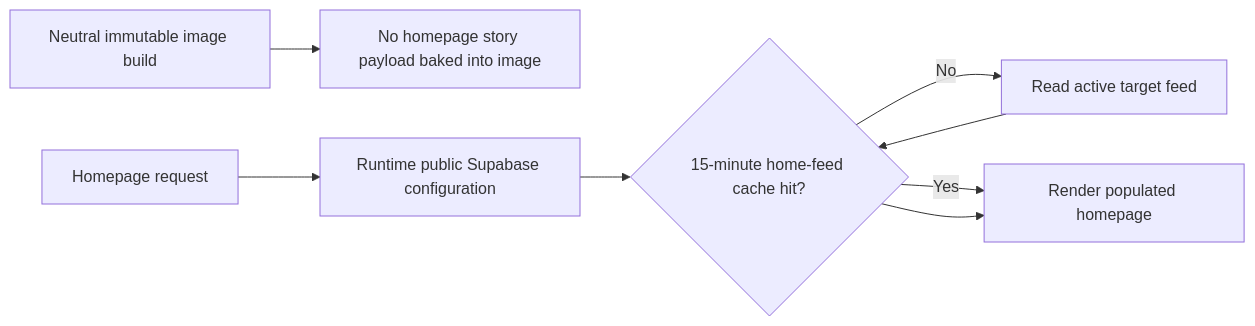
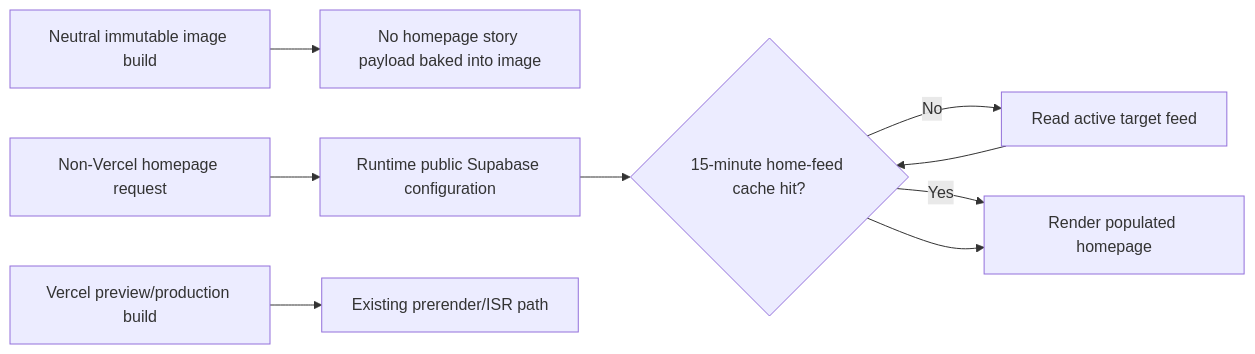
Before and after one commit to ramideltoro/nutsnews-docs: the third of 3 diagrams in NUTSNEWS_DUAL_TARGET_WEB_DEPLOYMENT.md, drawn with Mermaid. The commit also changed other lines of this file, not shown here.

Commit message:
Clarify Vercel homepage cache behavior

````diff
--- a/NUTSNEWS_DUAL_TARGET_WEB_DEPLOYMENT.md
+++ b/NUTSNEWS_DUAL_TARGET_WEB_DEPLOYMENT.md
@@ -234,10 +236,11 @@
 ```mermaid
 flowchart LR
   build["Neutral immutable image build"] --> shell["No homepage story payload baked into image"]
-  request["Homepage request"] --> runtime["Runtime public Supabase configuration"]
+  request["Non-Vercel homepage request"] --> runtime["Runtime public Supabase configuration"]
+  vercel["Vercel preview/production build"] --> vercelISR["Existing prerender/ISR path"]
   runtime --> cache{"15-minute home-feed cache hit?"}
   cache -- No --> feed["Read active target feed"]
   feed --> cache
   cache -- Yes --> page["Render populated homepage"]
   cache --> page
 ```
````
